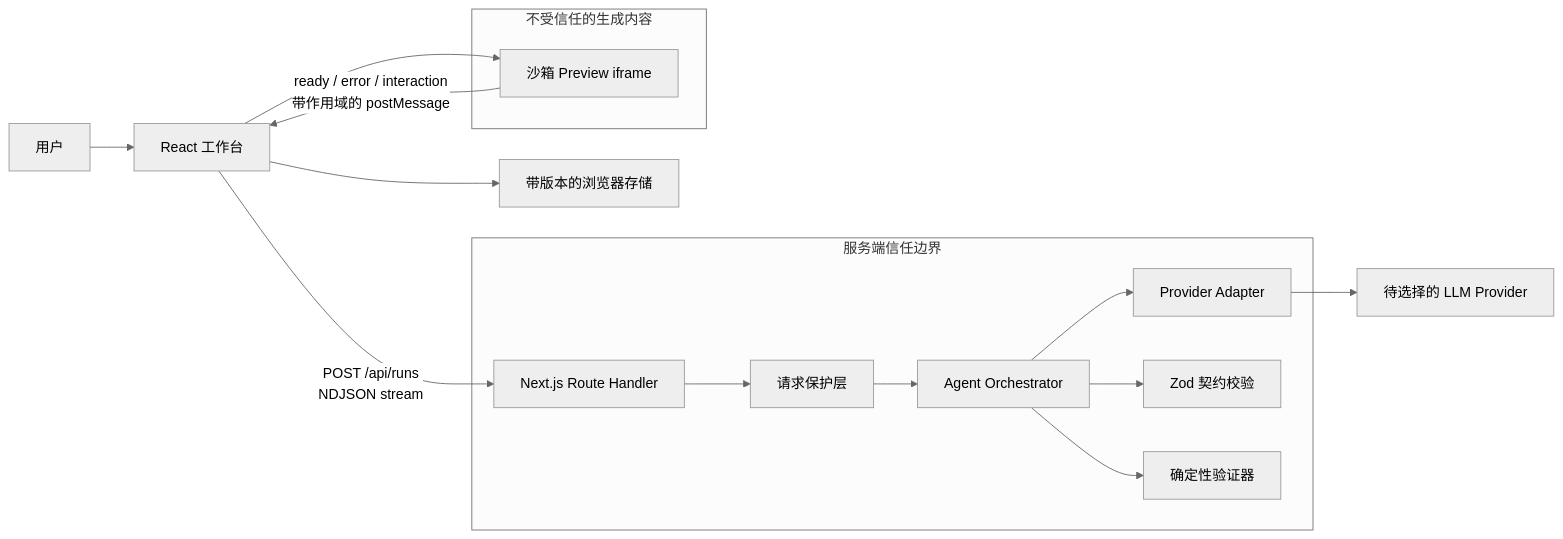
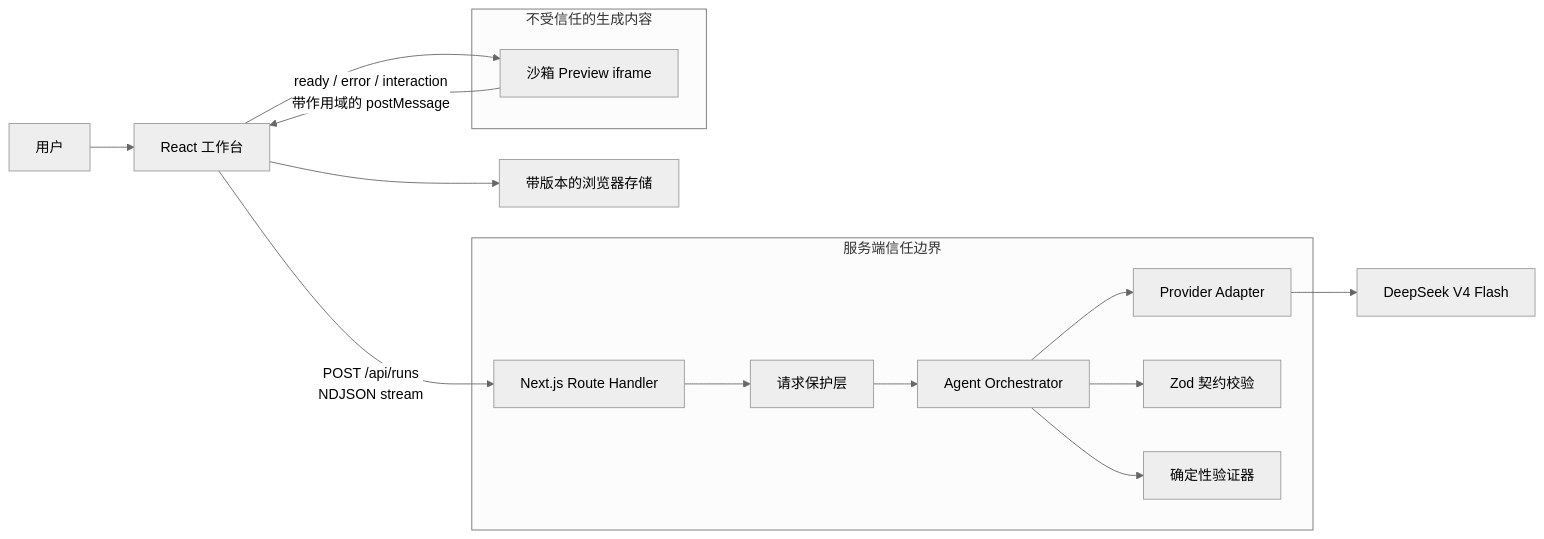
The diagram in docs/technical-design.md (DavidsonPang/buildtrace-atoms-demo), drawn with Mermaid (neutral theme) before and after one commit. The commit also changed other lines of this file and 13 other files, not shown here.

First line of the commit message:
feat: integrate guarded DeepSeek generation

````diff
--- a/docs/technical-design.md
+++ b/docs/technical-design.md
@@ -56,27 +56,27 @@
 ```mermaid
 flowchart LR
     U[用户] --> W[React 工作台]
     W -->|POST /api/runs<br/>NDJSON stream| R[Next.js Route Handler]
     R --> G[请求保护层]
     G --> O[Agent Orchestrator]
     O --> P[Provider Adapter]
-    P --> L[待选择的 LLM Provider]
+    P --> L[DeepSeek V4 Flash]
     O --> Z[Zod 契约校验]
     O --> V[确定性验证器]
     W --> S[带版本的浏览器存储]
     W --> F[沙箱 Preview iframe]
     F -->|ready / error / interaction<br/>带作用域的 postMessage| W
 
     subgraph 服务端信任边界
       R
       G
       O
       P
       Z
       V
     end
 
     subgraph 不受信任的生成内容
       F
     end
 ```
````
